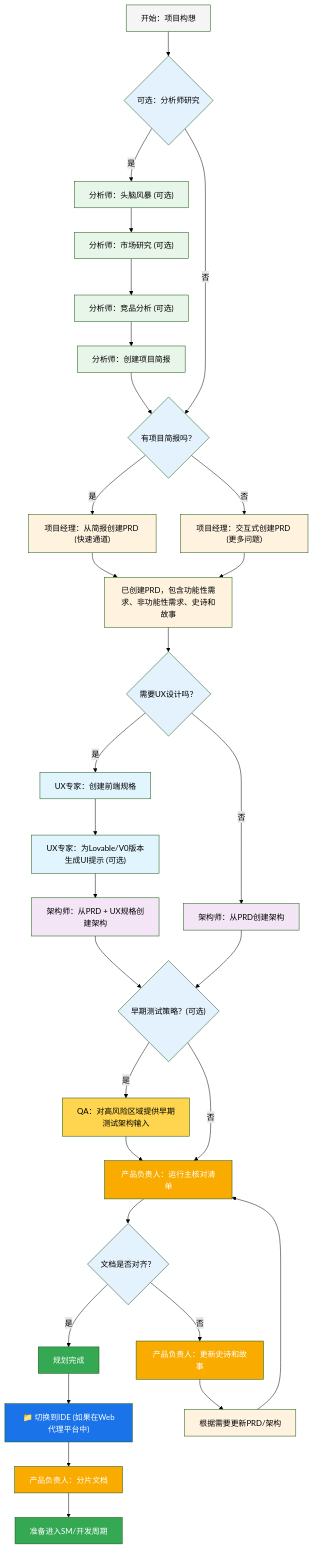
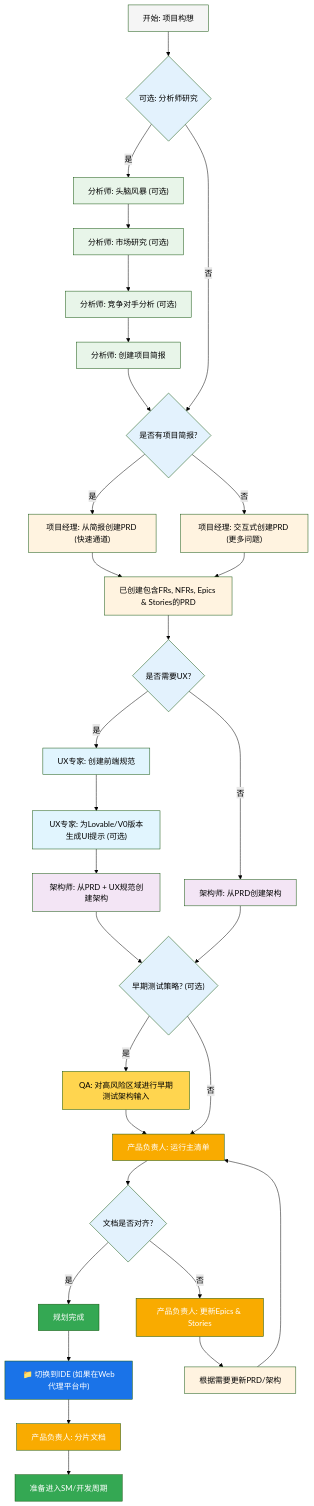
One commit to GameBoy911/BMad changed the first of 2 diagrams in BMad 方法 — 用户指南.md. Above: the diagram before and after it, drawn with Mermaid (forest theme). The commit also changed other lines of this file, not shown here.

````diff
--- a/BMad 方法 — 用户指南.md
+++ b/BMad 方法 — 用户指南.md
@@ -17,58 +17,58 @@
 ```mermaid
 graph TD
-    A["开始：项目构想"] --> B{"可选：分析师研究"}
-    B -->|是| C["分析师：头脑风暴 (可选)"]
-    B -->|否| G{"有项目简报吗？"}
-    C --> C2["分析师：市场研究 (可选)"]
-    C2 --> C3["分析师：竞品分析 (可选)"]
-    C3 --> D["分析师：创建项目简报"]
+    A["开始: 项目构想"] --> B{"可选: 分析师研究"}
+    B -->|是| C["分析师: 头脑风暴 (可选)"]
+    B -->|否| G{"是否有项目简报?"}
+    C --> C2["分析师: 市场研究 (可选)"]
+    C2 --> C3["分析师: 竞争对手分析 (可选)"]
+    C3 --> D["分析师: 创建项目简报"]
     D --> G
-    G -->|是| E["项目经理：从简报创建PRD (快速通道)"]
-    G -->|否| E2["项目经理：交互式创建PRD (更多问题)"]
-    E --> F["已创建PRD，包含功能性需求、非功能性需求、史诗和故事"]
+    G -->|是| E["项目经理: 从简报创建PRD (快速通道)"]
+    G -->|否| E2["项目经理: 交互式创建PRD (更多问题)"]
+    E --> F["已创建包含FRs, NFRs, Epics & Stories的PRD"]
     E2 --> F
-    F --> F2{"需要UX设计吗？"}
-    F2 -->|是| F3["UX专家：创建前端规格"]
-    F2 -->|否| H["架构师：从PRD创建架构"]
-    F3 --> F4["UX专家：为Lovable/V0版本生成UI提示 (可选)"]
-    F4 --> H2["架构师：从PRD + UX规格创建架构"]
-    H --> Q{"早期测试策略？(可选)"}
+    F --> F2{"是否需要UX?"}
+    F2 -->|是| F3["UX专家: 创建前端规范"]
+    F2 -->|否| H["架构师: 从PRD创建架构"]
+    F3 --> F4["UX专家: 为Lovable/V0版本生成UI提示 (可选)"]
+    F4 --> H2["架构师: 从PRD + UX规范创建架构"]
+    H --> Q{"早期测试策略? (可选)"}
     H2 --> Q
-    Q -->|是| R["QA：对高风险区域提供早期测试架构输入"]
+    Q -->|是| R["QA: 对高风险区域进行早期测试架构输入"]
     Q -->|否| I
-    R --> I["产品负责人：运行主核对清单"]
-    I --> J{"文档是否对齐？"}
+    R --> I["产品负责人: 运行主清单"]
+    I --> J{"文档是否对齐?"}
     J -->|是| K["规划完成"]
-    J -->|否| L["产品负责人：更新史诗和故事"]
+    J -->|否| L["产品负责人: 更新Epics & Stories"]
     L --> M["根据需要更新PRD/架构"]
     M --> I
     K --> N["📁 切换到IDE (如果在Web代理平台中)"]
-    N --> O["产品负责人：分片文档"]
+    N --> O["产品负责人: 分片文档"]
     O --> P["准备进入SM/开发周期"]
 
     style A fill:#f5f5f5,color:#000
     style B fill:#e3f2fd,color:#000
     style C fill:#e8f5e9,color:#000
     style C2 fill:#e8f5e9,color:#000
     style C3 fill:#e8f5e9,color:#000
     style D fill:#e8f5e9,color:#000
     style E fill:#fff3e0,color:#000
     style E2 fill:#fff3e0,color:#000
     style F fill:#fff3e0,color:#000
     style F2 fill:#e3f2fd,color:#000
     style F3 fill:#e1f5fe,color:#000
     style F4 fill:#e1f5fe,color:#000
     style G fill:#e3f2fd,color:#000
     style H fill:#f3e5f5,color:#000
     style H2 fill:#f3e5f5,color:#000
     style Q fill:#e3f2fd,color:#000
     style R fill:#ffd54f,color:#000
     style I fill:#f9ab00,color:#fff
     style J fill:#e3f2fd,color:#000
     style K fill:#34a853,color:#fff
     style L fill:#f9ab00,color:#fff
     style M fill:#fff3e0,color:#000
     style N fill:#1a73e8,color:#fff
     style O fill:#f9ab00,color:#fff
     style P fill:#34a853,color:#fff
 ```
````
